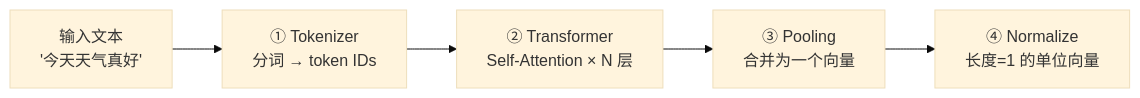
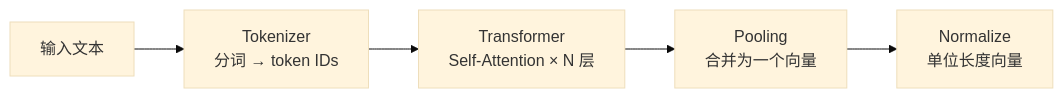
Before and after one commit to TianhuaYuan/personal-site: the first of 8 diagrams in content/笔记/AI与Agent/知识/实战/04-Embedding向量化原理+语义搜索场景.md, drawn with Mermaid (base theme). The commit also changed other lines of this file and 875 other files, not shown here.

````diff
--- a/content/笔记/AI与Agent/知识/实战/04-Embedding向量化原理+语义搜索场景.md
+++ b/content/笔记/AI与Agent/知识/实战/04-Embedding向量化原理+语义搜索场景.md
@@ -118,7 +47,13 @@
 ```mermaid
+
 flowchart LR
-    A["输入文本<br/>'今天天气真好'"] --> B["① Tokenizer<br/>分词 → token IDs"]
-    B --> C["② Transformer<br/>Self-Attention × N 层"]
-    C --> D["③ Pooling<br/>合并为一个向量"]
-    D --> E["④ Normalize<br/>长度=1 的单位向量"]
+
+    A["输入文本"] --> B["Tokenizer<br/>分词 → token IDs"]
+
+    B --> C["Transformer<br/>Self-Attention × N 层"]
+
+    C --> D["Pooling<br/>合并为一个向量"]
+
+    D --> E["Normalize<br/>单位长度向量"]
+
 ```
````
